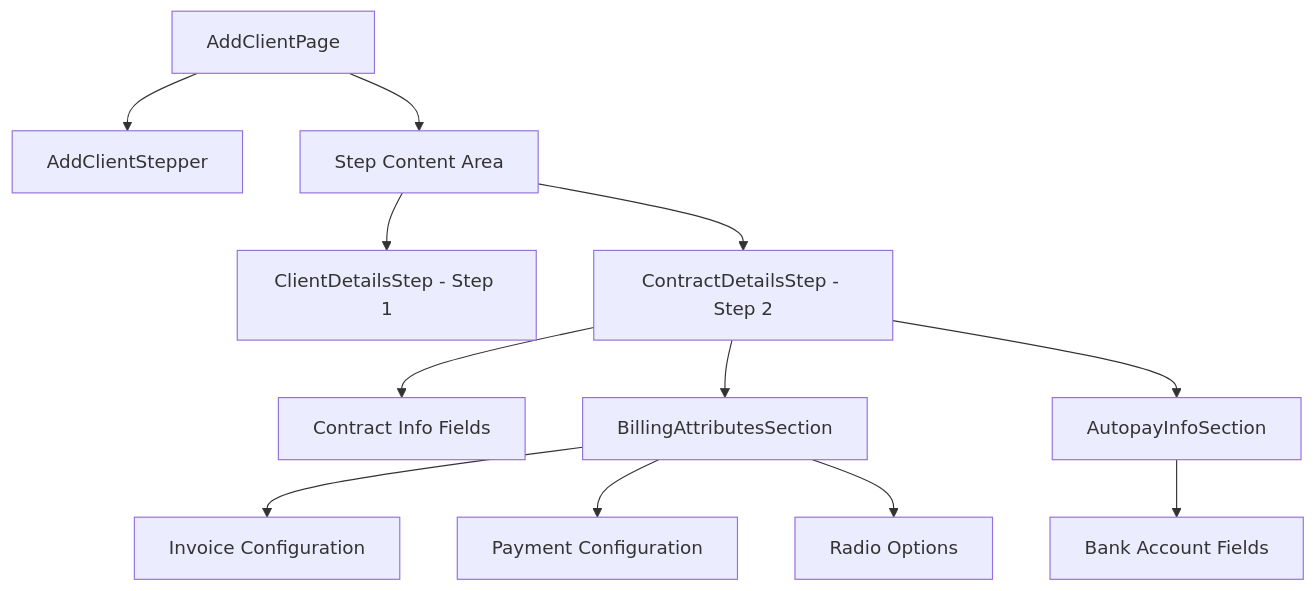
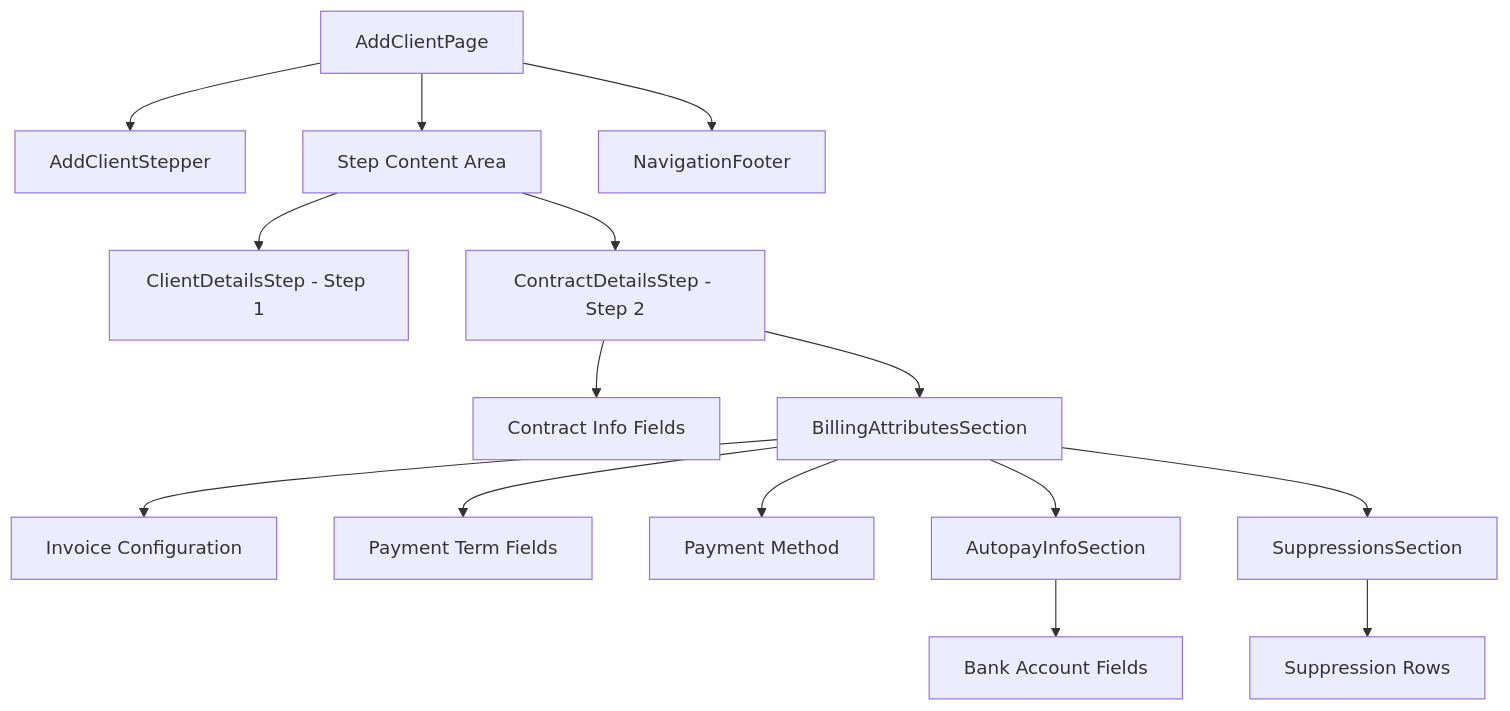
One commit to detorresrc/optumrxria changed the diagram in .kiro/specs/contract-details-step/design.md. Above: the diagram before and after it, drawn with Mermaid. The commit also changed other lines of this file and 10 other files, not shown here.

````diff
--- a/.kiro/specs/contract-details-step/design.md
+++ b/.kiro/specs/contract-details-step/design.md
@@ -9,14 +9,17 @@
 ```mermaid
 graph TD
     A[AddClientPage] --> B[AddClientStepper]
     A --> C[Step Content Area]
     C --> D[ClientDetailsStep - Step 1]
     C --> E[ContractDetailsStep - Step 2]
     E --> F[Contract Info Fields]
     E --> G[BillingAttributesSection]
-    E --> H[AutopayInfoSection]
-    G --> I[Invoice Configuration]
-    G --> J[Payment Configuration]
-    G --> K[Radio Options]
-    H --> L[Bank Account Fields]
+    G --> H[Invoice Configuration]
+    G --> I[Payment Term Fields]
+    G --> J[Payment Method]
+    G --> K[AutopayInfoSection]
+    G --> L[SuppressionsSection]
+    K --> M[Bank Account Fields]
+    L --> N[Suppression Rows]
+    A --> O[NavigationFooter]
 ```
````
